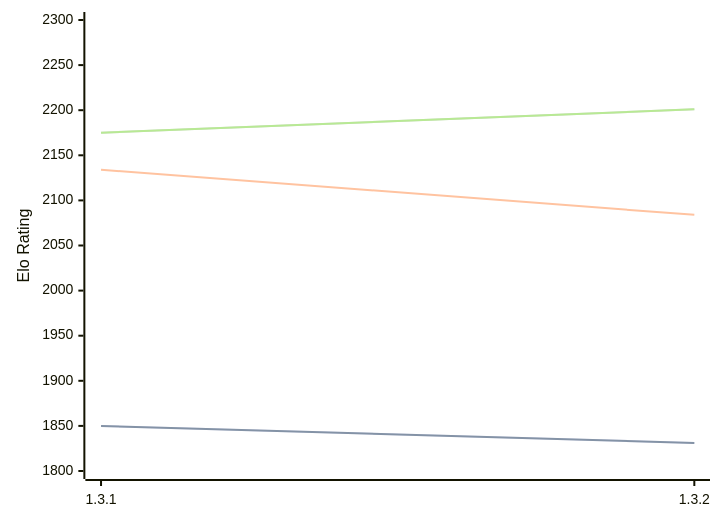
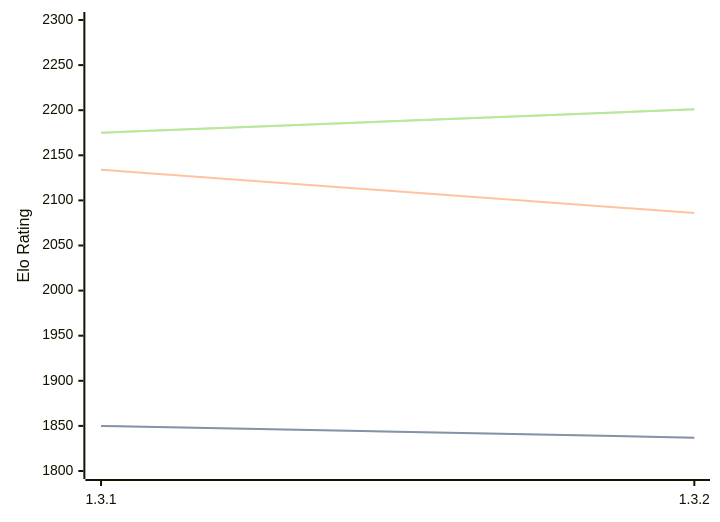
The diagram in engines/Zugblitz.md (computer-chess-index/cci), drawn with Mermaid before and after one commit. The commit also changed other lines of this file, not shown here.

````diff
--- a/engines/Zugblitz.md
+++ b/engines/Zugblitz.md
@@ -32,11 +32,11 @@
 ```mermaid
 %%{init: {"theme":"base","themeVariables":{"seriesColors:['#a3a3a3','#222221','#faa371']}}}%%
 xychart-beta
   x-axis ["1.3.1", "1.3.2"]
   y-axis "Elo Rating" 1800 --> 2300
-  line "STC (8.0+0.08s)" [1850, 1831]
-  line "STC (8.0+0.08s)" [1850, 1831]
-  line "LTC (60.0+0.60s)" [2134, 2084]
+  line "STC (8.0+0.08s)" [1850, 1837]
+  line "STC (8.0+0.08s)" [1850, 1837]
+  line "LTC (60.0+0.60s)" [2134, 2086]
   line "VLTC (2m24s+1.12s)" [2175, 2201]
   line "VLTC (2m24s+1.12s)" [2175, 2201]
 ```
````
